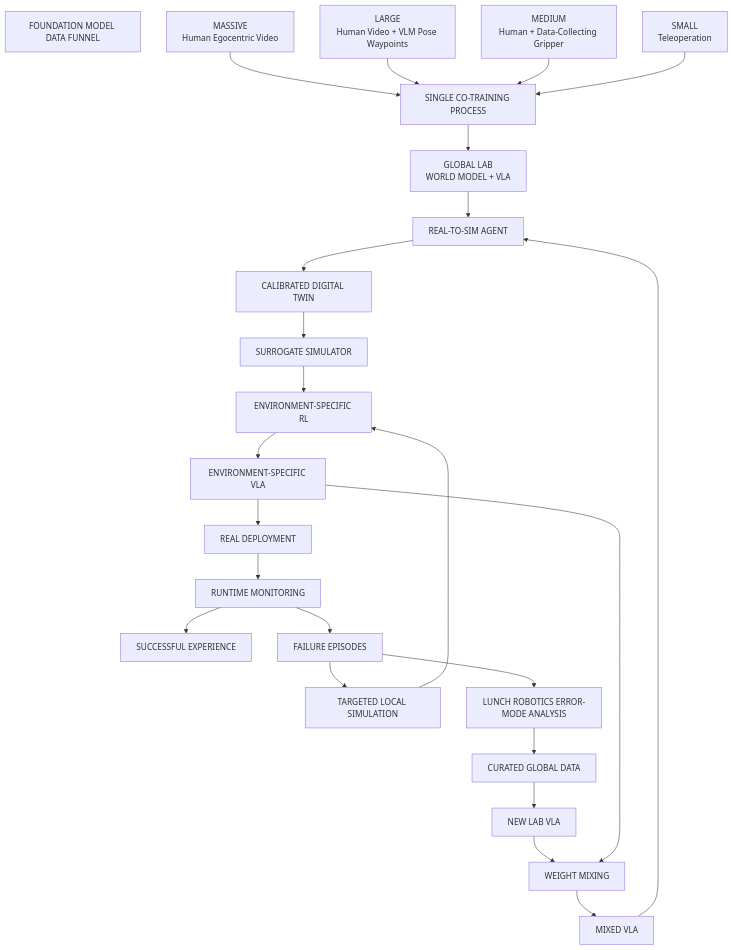
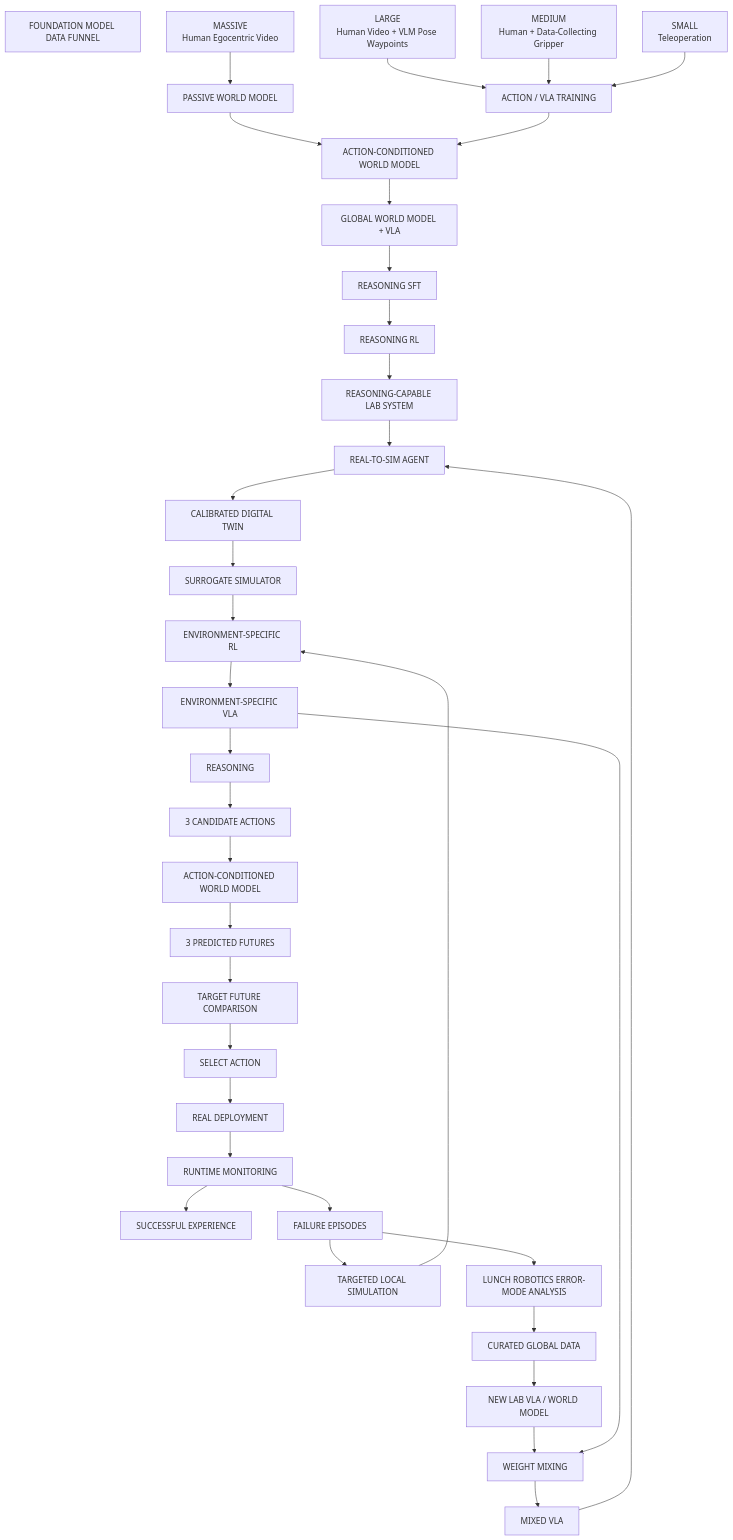
Before and after one commit to Freelunch-AI/freelunch-ide: diagram 14 of 14 in docs/specs/post-demo/lunch_robotics.md, drawn with Mermaid. The commit also changed other lines of this file, not shown here.

````diff
--- a/docs/specs/post-demo/lunch_robotics.md
+++ b/docs/specs/post-demo/lunch_robotics.md
@@ -1100,46 +2067,66 @@
 ```mermaid
 flowchart TD
     A["FOUNDATION MODEL DATA FUNNEL"]
 
     A1["MASSIVE<br/>Human Egocentric Video"]
     A2["LARGE<br/>Human Video + VLM Pose Waypoints"]
     A3["MEDIUM<br/>Human + Data-Collecting Gripper"]
     A4["SMALL<br/>Teleoperation"]
 
-    A1 --> B["SINGLE CO-TRAINING PROCESS"]
-    A2 --> B
-    A3 --> B
-    A4 --> B
+    A1 --> B["PASSIVE WORLD MODEL"]
+    A2 --> C["ACTION / VLA TRAINING"]
+    A3 --> C
+    A4 --> C
 
-    B --> C["GLOBAL LAB<br/>WORLD MODEL + VLA"]
+    B --> D["ACTION-CONDITIONED WORLD MODEL"]
+    C --> D
 
-    C --> D["REAL-TO-SIM AGENT"]
+    D --> E["GLOBAL WORLD MODEL + VLA"]
 
-    D --> E["CALIBRATED DIGITAL TWIN"]
-    E --> F["SURROGATE SIMULATOR"]
-    F --> G["ENVIRONMENT-SPECIFIC RL"]
+    E --> F["REASONING SFT"]
+    F --> G["REASONING RL"]
+    G --> H["REASONING-CAPABLE LAB SYSTEM"]
 
-    G --> H["ENVIRONMENT-SPECIFIC VLA"]
-    H --> I["REAL DEPLOYMENT"]
+    H --> I["REAL-TO-SIM AGENT"]
 
-    I --> J["RUNTIME MONITORING"]
+    I --> J["CALIBRATED DIGITAL TWIN"]
+    J --> K["SURROGATE SIMULATOR"]
 
-    J --> K["SUCCESSFUL EXPERIENCE"]
-    J --> L["FAILURE EPISODES"]
+    K --> L["ENVIRONMENT-SPECIFIC RL"]
 
-    L --> M["TARGETED LOCAL SIMULATION"]
-    M --> G
+    L --> M["ENVIRONMENT-SPECIFIC VLA"]
 
-    L --> N["LUNCH ROBOTICS ERROR-MODE ANALYSIS"]
+    M --> N["REASONING"]
+    N --> O["3 CANDIDATE ACTIONS"]
 
-    N --> O["CURATED GLOBAL DATA"]
+    O --> P["ACTION-CONDITIONED WORLD MODEL"]
 
-    O --> P["NEW LAB VLA"]
+    P --> Q["3 PREDICTED FUTURES"]
 
-    P --> Q["WEIGHT MIXING"]
+    Q --> R["TARGET FUTURE COMPARISON"]
 
-    H --> Q
+    R --> S["SELECT ACTION"]
 
-    Q --> R["MIXED VLA"]
-    R --> D
+    S --> T["REAL DEPLOYMENT"]
+
+    T --> U["RUNTIME MONITORING"]
+
+    U --> V["SUCCESSFUL EXPERIENCE"]
+    U --> W["FAILURE EPISODES"]
+
+    W --> X["TARGETED LOCAL SIMULATION"]
+    X --> L
+
+    W --> Y["LUNCH ROBOTICS ERROR-MODE ANALYSIS"]
+
+    Y --> Z["CURATED GLOBAL DATA"]
+
+    Z --> AA["NEW LAB VLA / WORLD MODEL"]
+
+    AA --> AB["WEIGHT MIXING"]
+    M --> AB
+
+    AB --> AC["MIXED VLA"]
+
+    AC --> I
 ```
````
